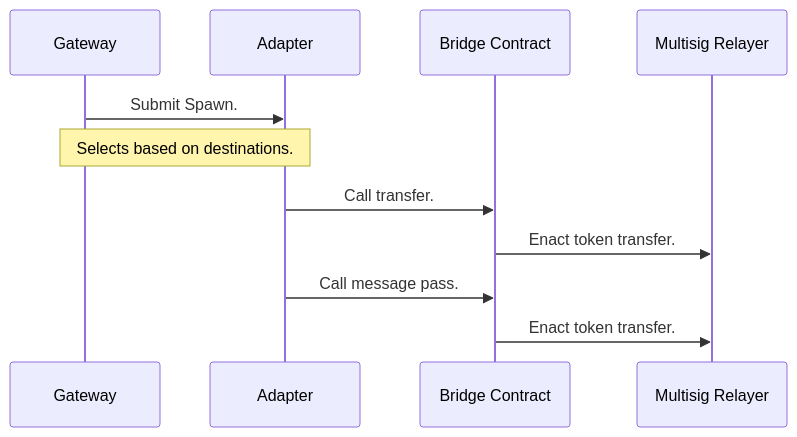
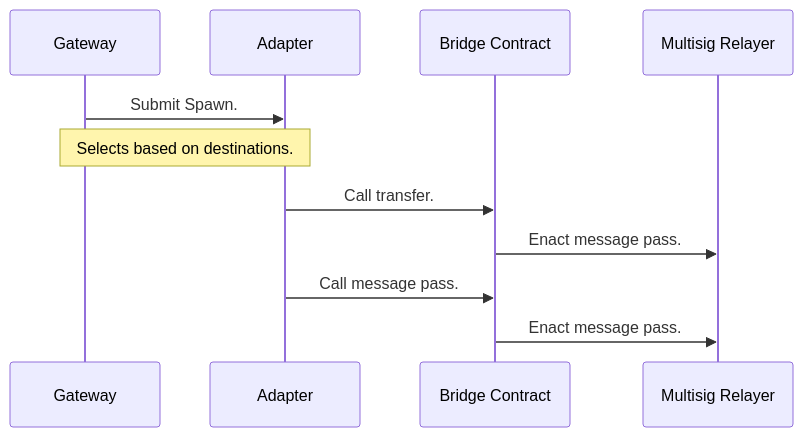
The eighth of 10 diagrams in xcvm/architecture/transports/otp.md (ComposableFi/composable), drawn with Mermaid before and after one commit. The commit also changed other lines of this file, not shown here.

````diff
--- a/xcvm/architecture/transports/otp.md
+++ b/xcvm/architecture/transports/otp.md
@@ -161,9 +163,9 @@
 ```mermaid
 sequenceDiagram
     Gateway->>Adapter: Submit Spawn.
     Note over Gateway,Adapter: Selects based on destinations.
     Adapter->>Bridge Contract: Call transfer.
-    Bridge Contract->>Multisig Relayer: Enact token transfer.
+    Bridge Contract->>Multisig Relayer: Enact message pass.
     Adapter->>Bridge Contract: Call message pass.
-    Bridge Contract->>Multisig Relayer: Enact token transfer.
+    Bridge Contract->>Multisig Relayer: Enact message pass.
 ```
````
